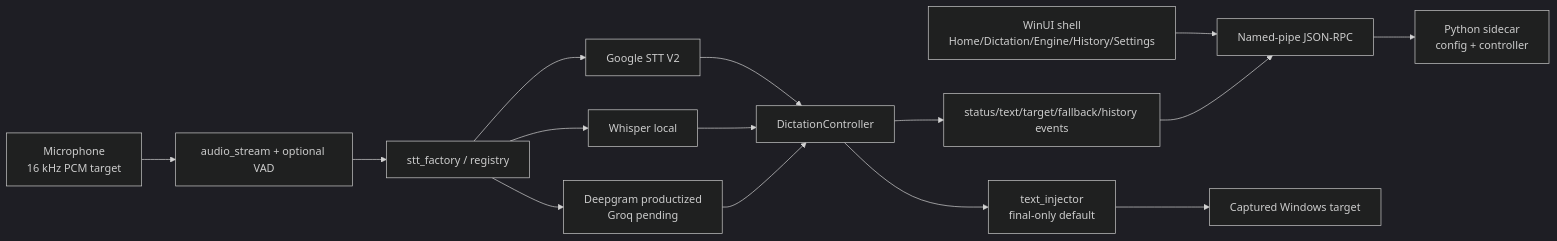
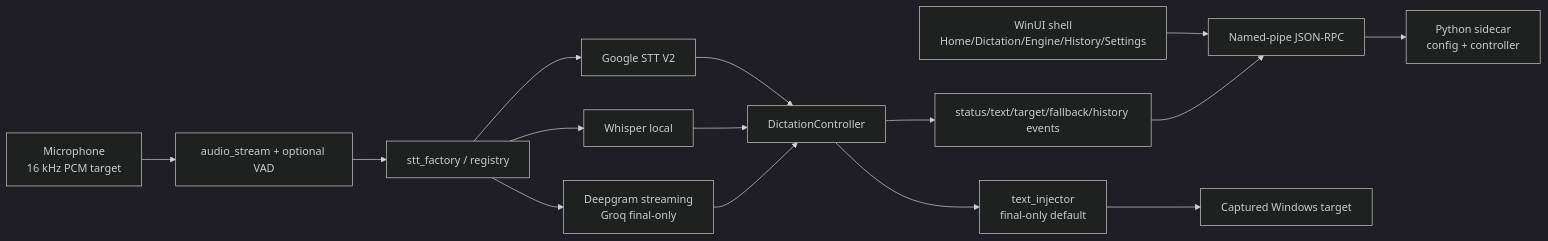
The diagram in docs/architecture.md (cdtauman/HebrewLiveDictation), drawn with Mermaid (dark theme) before and after one commit. The commit also changed other lines of this file and 12 other files, not shown here.

Commit message:
providers: productize Groq setup and final-only flow

````diff
--- a/docs/architecture.md
+++ b/docs/architecture.md
@@ -31,17 +31,17 @@
 ```mermaid
 flowchart LR
     Shell["WinUI shell\nHome/Dictation/Engine/History/Settings"] --> Bridge["Named-pipe JSON-RPC"]
     Bridge --> Sidecar["Python sidecar\nconfig + controller"]
     Mic["Microphone\n16 kHz PCM target"] --> Audio["audio_stream + optional VAD"]
     Audio --> Factory["stt_factory / registry"]
     Factory --> Google["Google STT V2"]
     Factory --> Offline["Whisper local"]
-    Factory --> Cloud["Deepgram productized\nGroq pending"]
+    Factory --> Cloud["Deepgram streaming\nGroq final-only"]
     Google --> Controller["DictationController"]
     Offline --> Controller
     Cloud --> Controller
     Controller --> Events["status/text/target/fallback/history events"]
     Events --> Bridge
     Controller --> Injector["text_injector\nfinal-only default"]
     Injector --> Target["Captured Windows target"]
 ```
````
